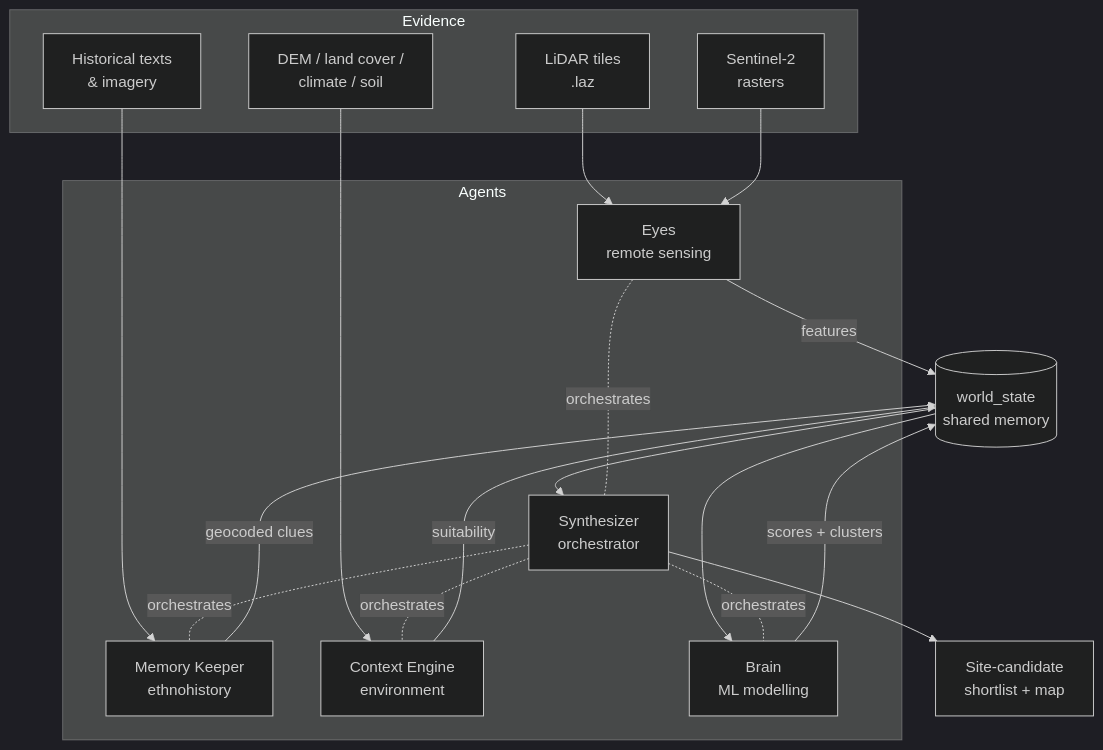
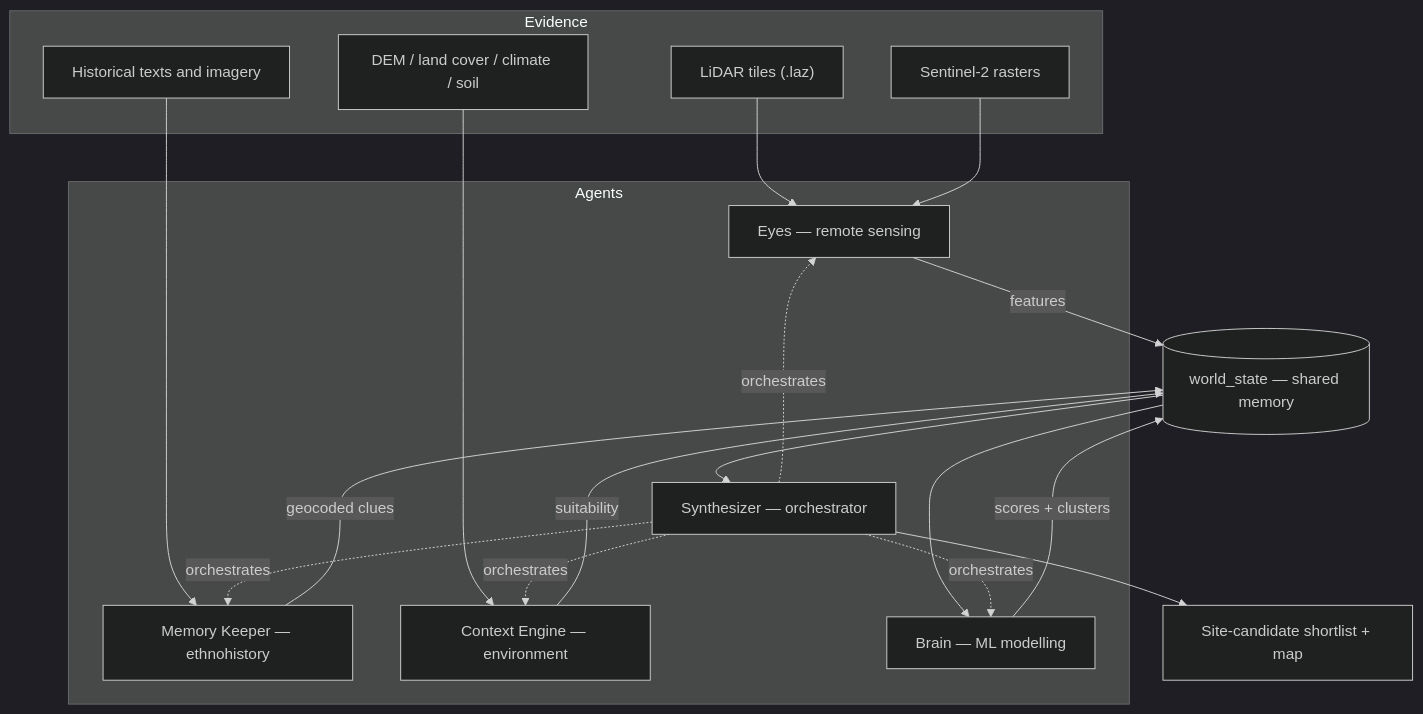
The diagram in README.md (nevpit/casiquiare), drawn with Mermaid (dark theme) before and after one commit.

Commit message:
Fix Mermaid diagram so it renders on GitHub
The dotted orchestration links used invalid syntax (-.orchestrates.-);
GitHub's Mermaid parser needs spaces and an arrowhead (-. text .->).
Also drop <br/> line breaks and an ampersand from node labels that could
trip the parser, keeping single-line quoted labels.

Claude-Session: https://claude.ai/code/session_01UvUprs6HKuccrtrzPXxofU

````diff
--- a/README.md
+++ b/README.md
@@ -62,37 +62,38 @@
 ```mermaid
 flowchart TD
     subgraph inputs [Evidence]
-        L["LiDAR tiles<br/>.laz"]
-        S["Sentinel-2<br/>rasters"]
-        H["Historical texts<br/>& imagery"]
-        E["DEM / land cover /<br/>climate / soil"]
+        L["LiDAR tiles (.laz)"]
+        S["Sentinel-2 rasters"]
+        H["Historical texts and imagery"]
+        E["DEM / land cover / climate / soil"]
     end
 
     subgraph agents [Agents]
-        EY["Eyes<br/>remote sensing"]
-        MK["Memory Keeper<br/>ethnohistory"]
-        CX["Context Engine<br/>environment"]
-        BR["Brain<br/>ML modelling"]
-        SY["Synthesizer<br/>orchestrator"]
+        EY["Eyes — remote sensing"]
+        MK["Memory Keeper — ethnohistory"]
+        CX["Context Engine — environment"]
+        BR["Brain — ML modelling"]
+        SY["Synthesizer — orchestrator"]
     end
 
-    WS[("world_state<br/>shared memory")]
+    WS[("world_state — shared memory")]
+    OUT["Site-candidate shortlist + map"]
 
     L --> EY
     S --> EY
     H --> MK
     E --> CX
 
     EY -->|features| WS
     MK -->|geocoded clues| WS
     CX -->|suitability| WS
     WS --> BR
     BR -->|scores + clusters| WS
 
-    SY -.orchestrates.- EY
-    SY -.orchestrates.- MK
-    SY -.orchestrates.- CX
-    SY -.orchestrates.- BR
+    SY -. orchestrates .-> EY
+    SY -. orchestrates .-> MK
+    SY -. orchestrates .-> CX
+    SY -. orchestrates .-> BR
     WS --> SY
-    SY --> OUT["Site-candidate<br/>shortlist + map"]
+    SY --> OUT
 ```
````
